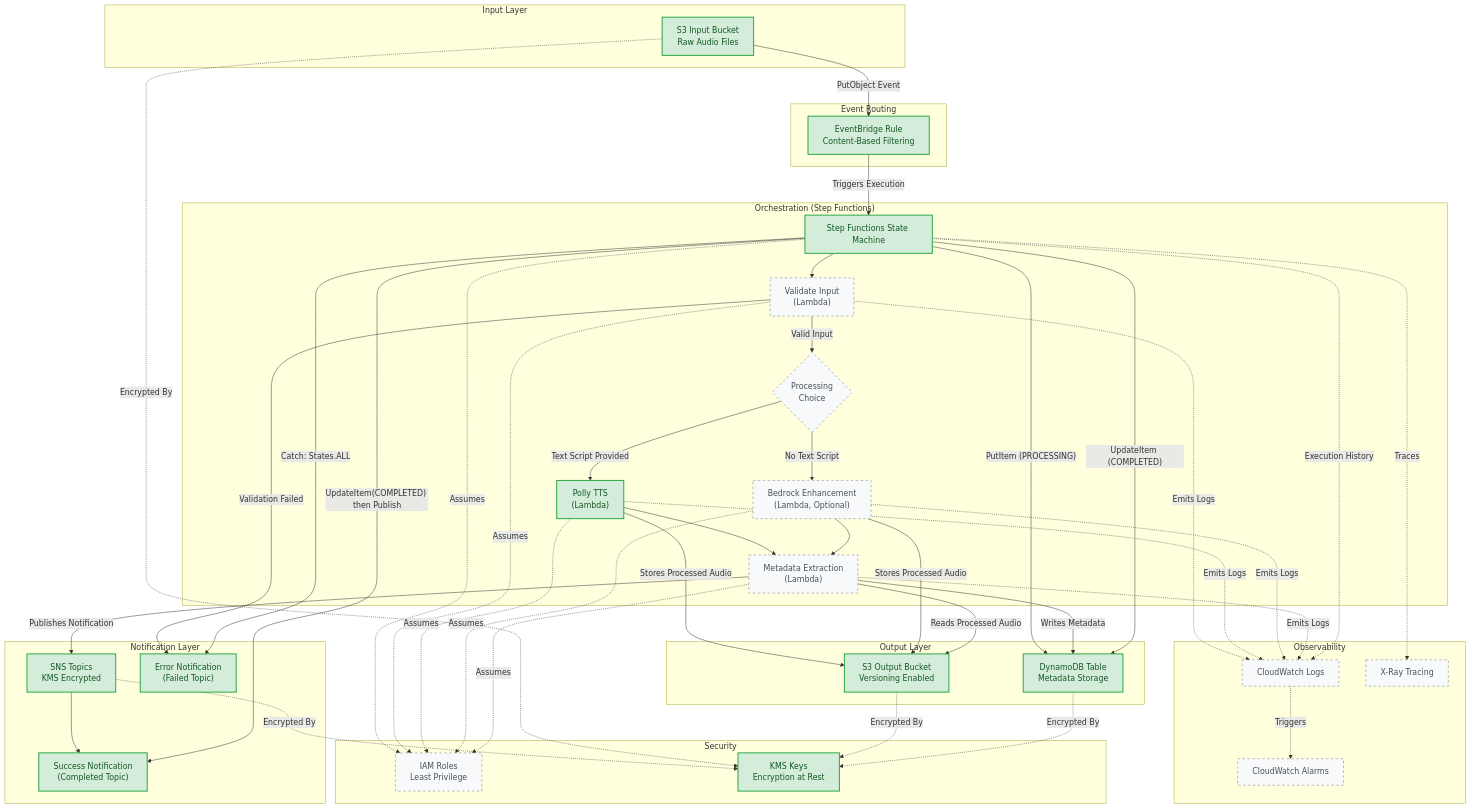
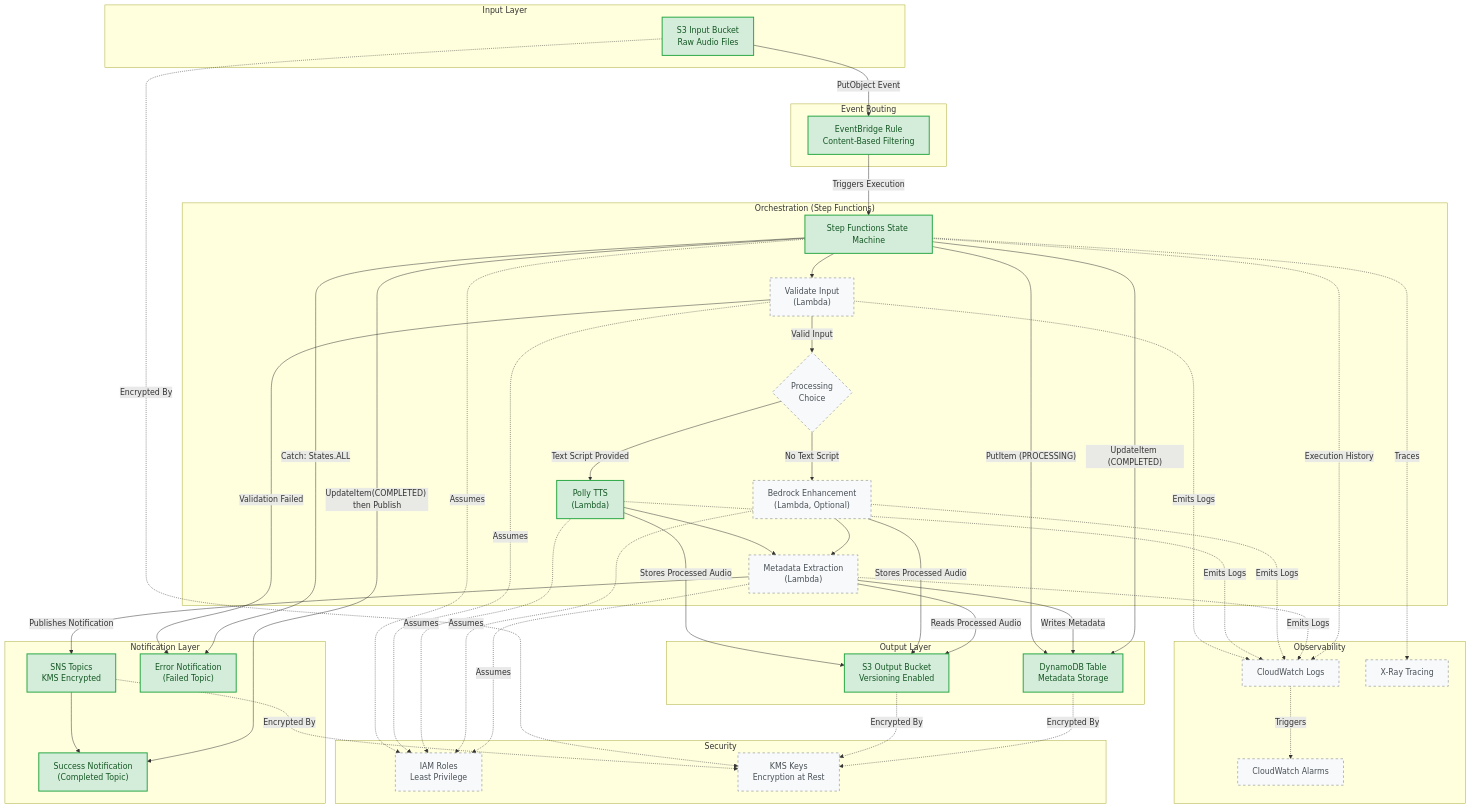
Before and after one commit to obstreperous-ai/cdk-sleep-java-kiro: the diagram in ARCHITECTURE.md, drawn with Mermaid. The commit also changed other lines of this file and 4 other files, not shown here.

```diff
--- a/ARCHITECTURE.md
+++ b/ARCHITECTURE.md
@@ -333,8 +334,8 @@
     classDef implemented fill:#d4edda,stroke:#28a745,stroke-width:2px,color:#155724
     classDef planned fill:#f8f9fa,stroke:#6c757d,stroke-width:1px,stroke-dasharray:5 5,color:#495057
 
-    class S3Input,S3Output,EBRule,SFN,PollyTTS,DDB,SNSTopic,SuccessPath,ErrorPath,KMSKeys implemented
-    class Validate,Choice,BedrockEnhance,MetadataExtract,CWLogs,CWAlarms,XRay,IAMRoles planned
+    class S3Input,S3Output,EBRule,SFN,PollyTTS,DDB,SNSTopic,SuccessPath,ErrorPath implemented
+    class Validate,Choice,BedrockEnhance,MetadataExtract,CWLogs,CWAlarms,XRay,IAMRoles,KMSKeys planned
 
     %% Legend:
     %% Green (solid border) = Implemented
```
